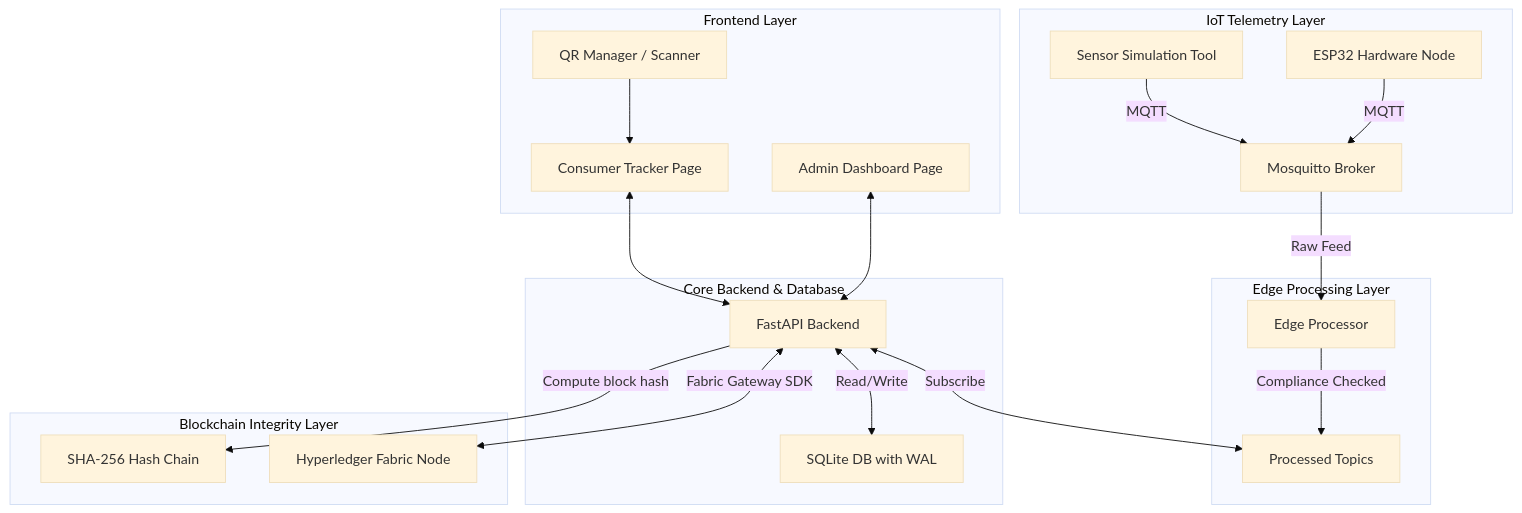
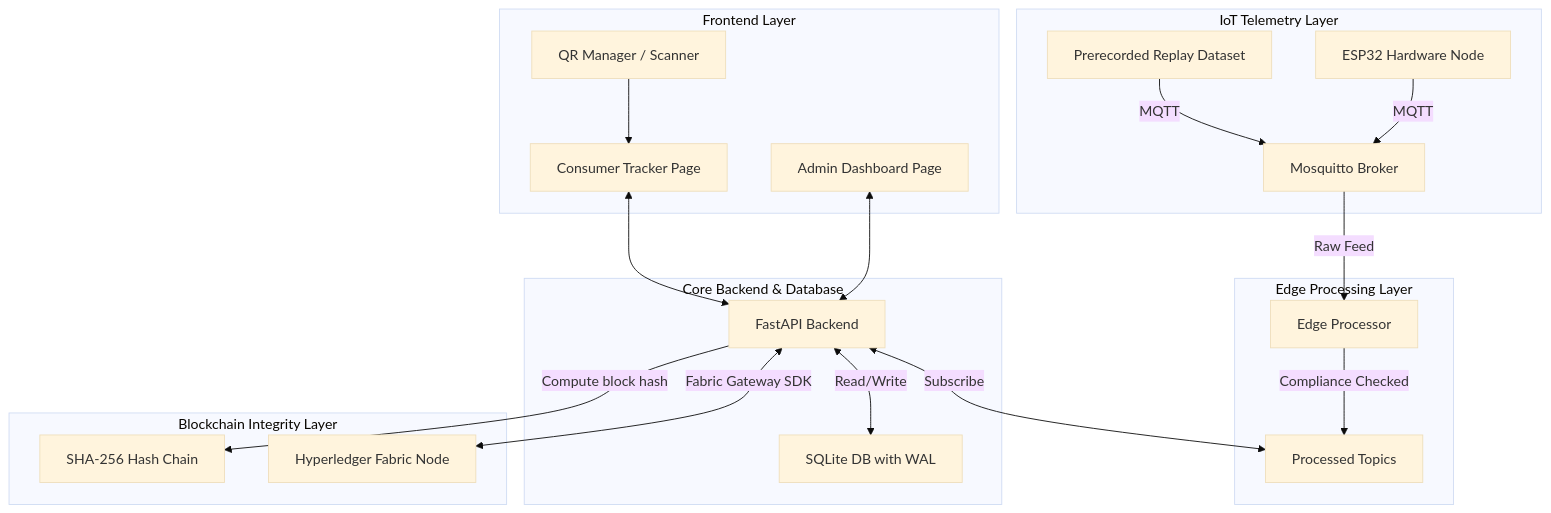
One commit to vikashrvs/supply-chain-management-in-food-sector-with-iot-and-blockchain changed the diagram in README.md. Above: the diagram before and after it, drawn with Mermaid (base theme). The commit also changed other lines of this file and 53 other files, not shown here.

````diff
--- a/README.md
+++ b/README.md
@@ -9,28 +9,28 @@
 ```mermaid
 graph TD
     subgraph IoT_Layer [IoT Telemetry Layer]
         ESP32[ESP32 Hardware Node] -->|MQTT| Mosquitto[Mosquitto Broker]
-        Simulator[Sensor Simulation Tool] -->|MQTT| Mosquitto
+        Replay[Prerecorded Replay Dataset] -->|MQTT| Mosquitto
     end
 
     subgraph Edge_Layer [Edge Processing Layer]
         Mosquitto -->|Raw Feed| EdgeProc[Edge Processor]
         EdgeProc -->|Compliance Checked| MosquittoProcessed[Processed Topics]
     end
 
     subgraph Core_Layer [Core Backend & Database]
         FastAPI[FastAPI Backend] <--Subscribe--> MosquittoProcessed
         FastAPI <--Read/Write--> SQLite[SQLite DB with WAL]
     end
 
     subgraph Ledger_Layer [Blockchain Integrity Layer]
         FastAPI -->|Compute block hash| HashChain[SHA-256 Hash Chain]
         FastAPI <-->|Fabric Gateway SDK| Hyperledger[Hyperledger Fabric Node]
     end
 
     subgraph User_Interface [Frontend Layer]
         Dashboard[Admin Dashboard Page] <--> FastAPI
         ConsumerPortal[Consumer Tracker Page] <--> FastAPI
         QRPage[QR Manager / Scanner] --> ConsumerPortal
     end
 ```
````
